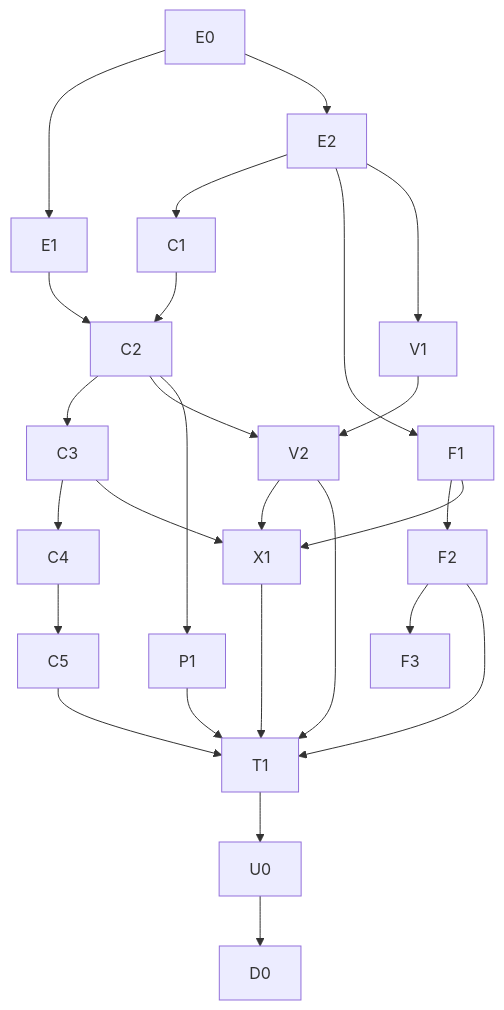
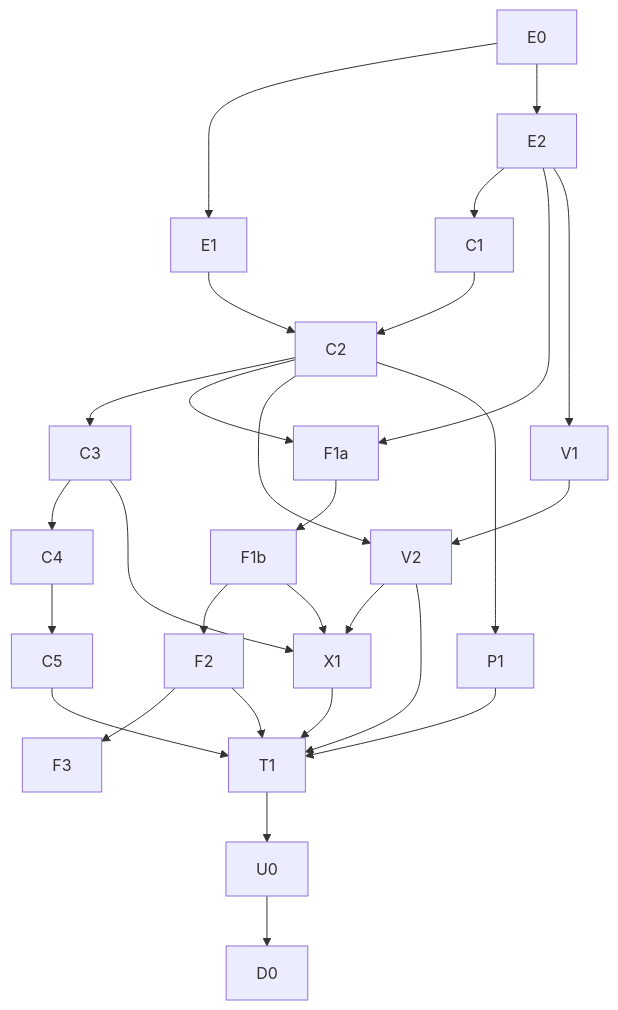
The second of 2 diagrams in docs/development/approval-editor-flow-parity-development-plan-20260727.md (zensgit/metasheet2), drawn with Mermaid before and after one commit. The commit also changed other lines of this file and 2 other files, not shown here.

````diff
--- a/docs/development/approval-editor-flow-parity-development-plan-20260727.md
+++ b/docs/development/approval-editor-flow-parity-development-plan-20260727.md
@@ -200,21 +210,22 @@
 ```mermaid
 flowchart TD
   E0 --> E1
   E0 --> E2
   E2 --> C1 --> C2 --> C3 --> C4 --> C5
   E1 --> C2
-  E2 --> F1 --> F2 --> F3
+  E2 --> F1a --> F1b --> F2 --> F3
+  C2 --> F1a
   E2 --> V1
   V1 --> V2
   C2 --> V2
   C2 --> P1
   C3 --> X1
-  F1 --> X1
+  F1b --> X1
   V2 --> X1
   C5 --> T1
   F2 --> T1
   V2 --> T1
   P1 --> T1
   X1 --> T1
   T1 --> U0 --> D0
 ```
````
